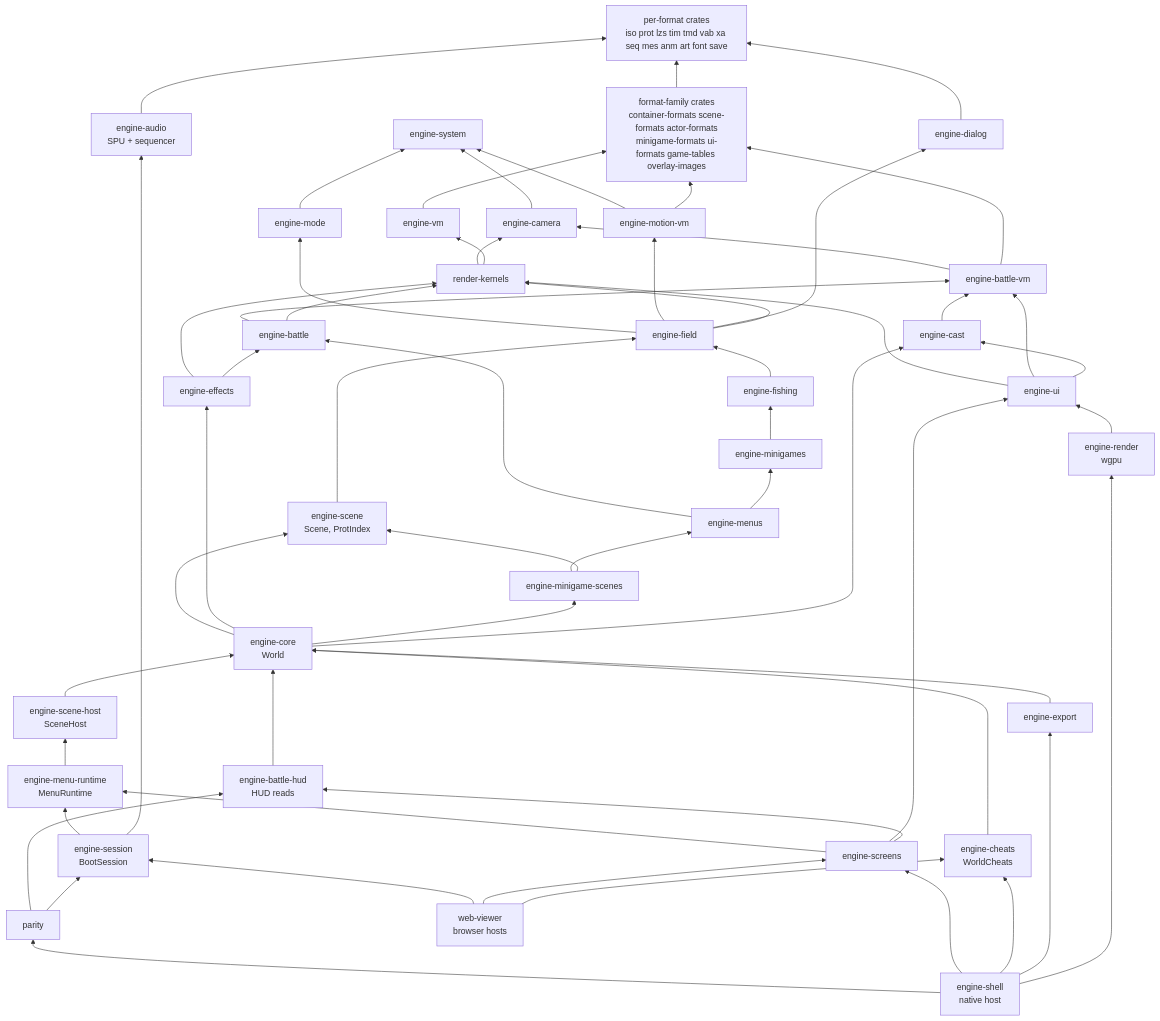
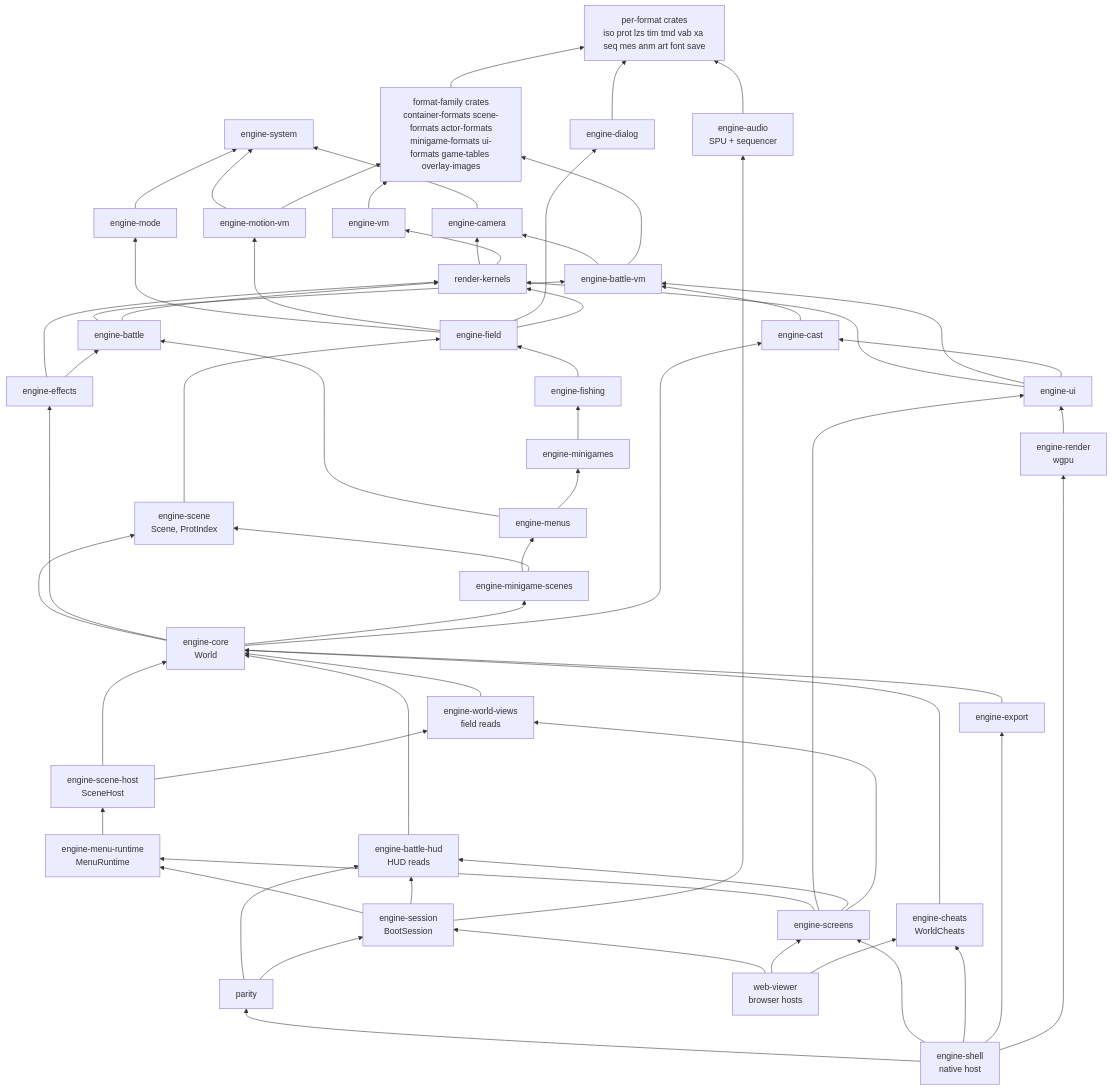
One commit to AndrewAltimit/legend-of-legaia-re changed the first of 4 diagrams in docs/subsystems/engine.md. Above: the diagram before and after it, drawn with Mermaid. The commit also changed other lines of this file and 311 other files, not shown here.

```diff
--- a/docs/subsystems/engine.md
+++ b/docs/subsystems/engine.md
@@ -65,6 +65,7 @@
     SH["engine-scene-host<br/>SceneHost"]
     MR["engine-menu-runtime<br/>MenuRuntime"]
     BHUD["engine-battle-hud<br/>HUD reads"]
+    WV["engine-world-views<br/>field reads"]
     ECHT["engine-cheats<br/>WorldCheats"]
     EUI["engine-ui"]
     EREN["engine-render<br/>wgpu"]
@@ -115,12 +116,16 @@
     SH --> CORE
     MR --> SH
     BHUD --> CORE
+    WV --> CORE
+    SH --> WV
     ECHT --> CORE
     SESS --> MR
+    SESS --> BHUD
     SESS --> EAUD
     SCR --> MR
     SCR --> EUI
     SCR --> BHUD
+    SCR --> WV
     PAR --> BHUD
     PAR --> SESS
     SHELL --> PAR
```
